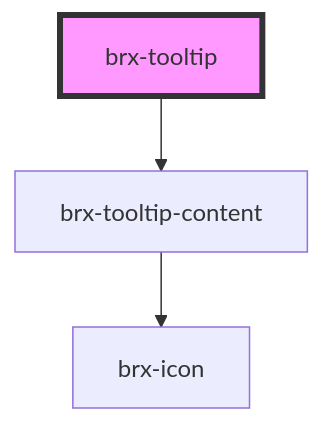
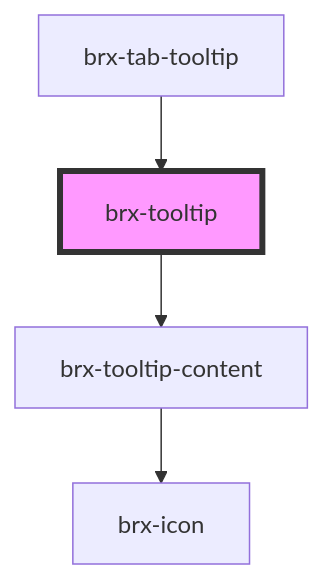
Before and after one commit to copperui/copperui: the diagram in packages/core/src/components/brx-tooltip/readme.md, drawn with Mermaid. The commit also changed other lines of this file and 34 other files, not shown here.

````diff
--- a/packages/core/src/components/brx-tooltip/readme.md
+++ b/packages/core/src/components/brx-tooltip/readme.md
@@ -27,6 +44,7 @@
 ```mermaid
 graph TD;
   brx-tooltip --> brx-tooltip-content
   brx-tooltip-content --> brx-icon
+  brx-tab-tooltip --> brx-tooltip
   style brx-tooltip fill:#f9f,stroke:#333,stroke-width:4px
 ```
````
